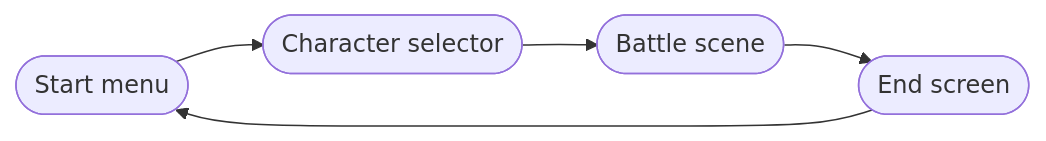
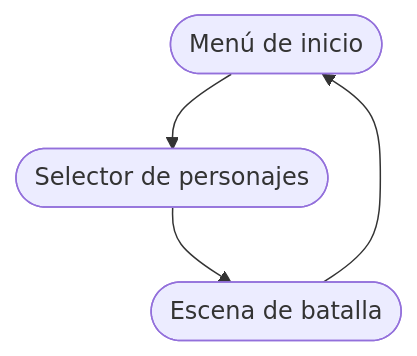
The diagram in dev/overview.mdx (mintlify-atlas/docs-atlas-9fe317d7), drawn with Mermaid before and after one commit. The commit also changed other lines of this file, not shown here.

````diff
--- a/dev/overview.mdx
+++ b/dev/overview.mdx
@@ -111,7 +103,6 @@
 ```mermaid
-flowchart LR
-    StartMenu([Start menu]) --> CharacterSelector([Character selector])
-    CharacterSelector --> Battle([Battle scene])
-    Battle --> EndScreen([End screen])
-    EndScreen --> StartMenu
+flowchart
+    StartMenu([Menú de inicio]) --> CharacterSelector([Selector de personajes])
+    CharacterSelector --> Battle([Escena de batalla])
+    Battle --> StartMenu
 ```
````
